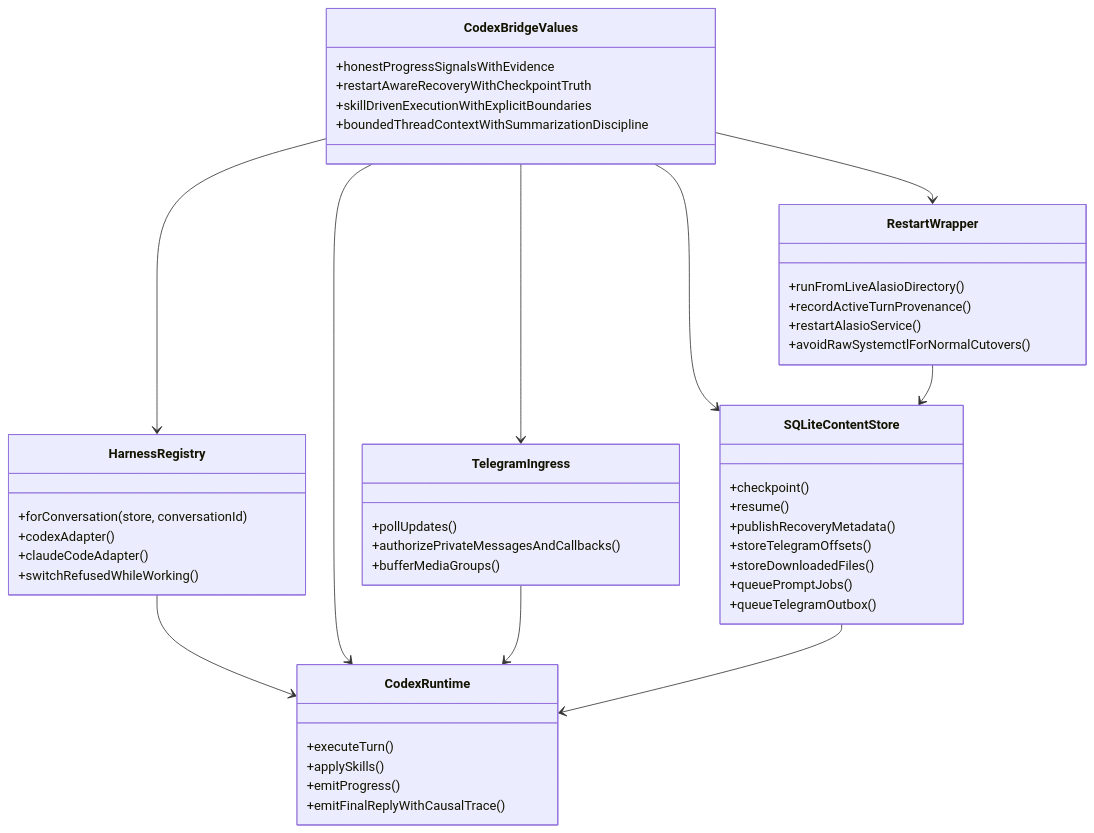
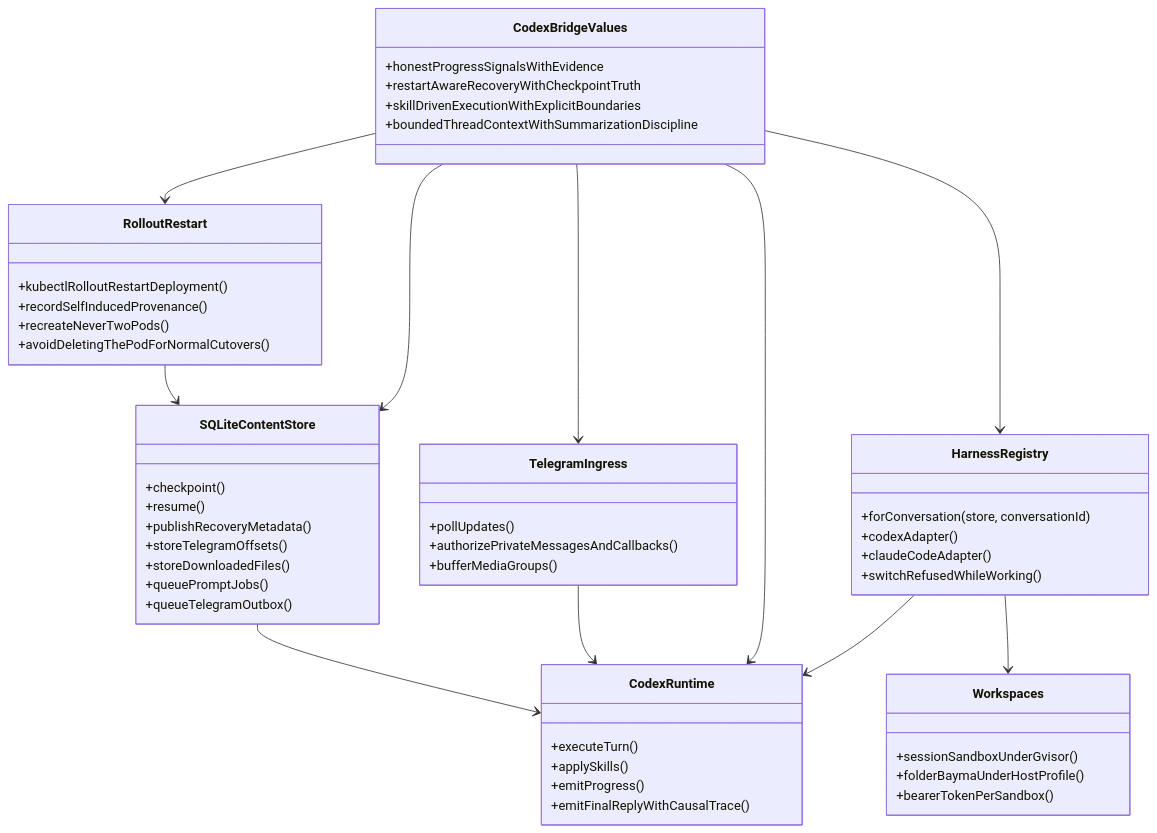
The second of 3 diagrams in README.md (eaucoin/alasio), drawn with Mermaid before and after one commit. The commit also changed other lines of this file and 37 other files, not shown here.

First line of the commit message:
Document alasio on Kubernetes, and fit its end-to-end run on CI's runners

````diff
--- a/README.md
+++ b/README.md
@@ -118,50 +119,56 @@
 ```mermaid
 classDiagram
   class CodexBridgeValues {
     +honestProgressSignalsWithEvidence
     +restartAwareRecoveryWithCheckpointTruth
     +skillDrivenExecutionWithExplicitBoundaries
     +boundedThreadContextWithSummarizationDiscipline
   }
   class HarnessRegistry {
     +forConversation(store, conversationId)
     +codexAdapter()
     +claudeCodeAdapter()
     +switchRefusedWhileWorking()
   }
   class TelegramIngress {
     +pollUpdates()
     +authorizePrivateMessagesAndCallbacks()
     +bufferMediaGroups()
   }
   class CodexRuntime {
     +executeTurn()
     +applySkills()
     +emitProgress()
     +emitFinalReplyWithCausalTrace()
   }
   class SQLiteContentStore {
     +checkpoint()
     +resume()
     +publishRecoveryMetadata()
     +storeTelegramOffsets()
     +storeDownloadedFiles()
     +queuePromptJobs()
     +queueTelegramOutbox()
   }
-  class RestartWrapper {
-    +runFromLiveAlasioDirectory()
-    +recordActiveTurnProvenance()
-    +restartAlasioService()
-    +avoidRawSystemctlForNormalCutovers()
+  class RolloutRestart {
+    +kubectlRolloutRestartDeployment()
+    +recordSelfInducedProvenance()
+    +recreateNeverTwoPods()
+    +avoidDeletingThePodForNormalCutovers()
+  }
+  class Workspaces {
+    +sessionSandboxUnderGvisor()
+    +folderBaymaUnderHostProfile()
+    +bearerTokenPerSandbox()
   }
   CodexBridgeValues --> TelegramIngress
   CodexBridgeValues --> HarnessRegistry
   HarnessRegistry --> CodexRuntime
   CodexBridgeValues --> CodexRuntime
   CodexBridgeValues --> SQLiteContentStore
-  CodexBridgeValues --> RestartWrapper
+  CodexBridgeValues --> RolloutRestart
+  HarnessRegistry --> Workspaces
   TelegramIngress --> CodexRuntime
   SQLiteContentStore --> CodexRuntime
-  RestartWrapper --> SQLiteContentStore
+  RolloutRestart --> SQLiteContentStore
 ```
````
